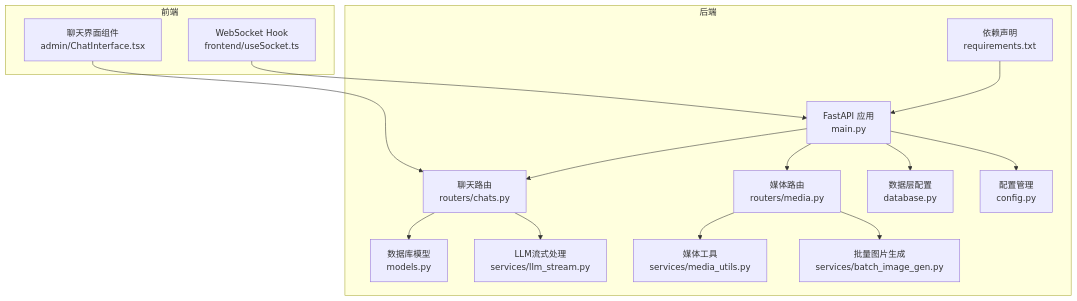
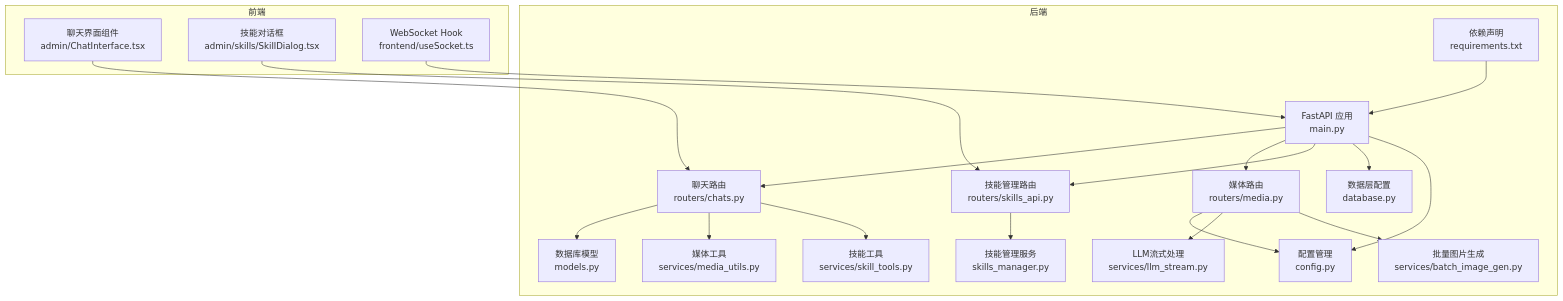
Before and after one commit to KunLabAI/KunFlix: the first of 10 diagrams in .qoder/repowiki/zh/content/后端开发指南/API路由系统/聊天交互API.md, drawn with Mermaid. The commit also changed other lines of this file and 11 other files, not shown here.

````diff
--- a/.qoder/repowiki/zh/content/后端开发指南/API路由系统/聊天交互API.md
+++ b/.qoder/repowiki/zh/content/后端开发指南/API路由系统/聊天交互API.md
@@ -53,30 +60,39 @@
 ```mermaid
 graph TB
 subgraph "后端"
 A["FastAPI 应用<br/>main.py"]
 B["聊天路由<br/>routers/chats.py"]
 C["媒体路由<br/>routers/media.py"]
-D["数据库模型<br/>models.py"]
-E["数据层配置<br/>database.py"]
-F["配置管理<br/>config.py"]
-G["媒体工具<br/>services/media_utils.py"]
-H["LLM流式处理<br/>services/llm_stream.py"]
-I["批量图片生成<br/>services/batch_image_gen.py"]
-J["依赖声明<br/>requirements.txt"]
+D["技能管理路由<br/>routers/skills_api.py"]
+E["数据库模型<br/>models.py"]
+F["数据层配置<br/>database.py"]
+G["配置管理<br/>config.py"]
+H["媒体工具<br/>services/media_utils.py"]
+I["LLM流式处理<br/>services/llm_stream.py"]
+J["批量图片生成<br/>services/batch_image_gen.py"]
+K["技能工具<br/>services/skill_tools.py"]
+L["技能管理服务<br/>skills_manager.py"]
+M["依赖声明<br/>requirements.txt"]
 end
 subgraph "前端"
-K["聊天界面组件<br/>admin/ChatInterface.tsx"]
-L["WebSocket Hook<br/>frontend/useSocket.ts"]
+N["聊天界面组件<br/>admin/ChatInterface.tsx"]
+O["技能对话框<br/>admin/skills/SkillDialog.tsx"]
+P["WebSocket Hook<br/>frontend/useSocket.ts"]
 end
 A --> B
 A --> C
-B --> D
+A --> D
+B --> E
 B --> H
+B --> K
 C --> G
 C --> I
-A --> E
+C --> J
+D --> L
 A --> F
-K --> B
-L --> A
-J --> A
+A --> G
+N --> B
+O --> D
+P --> A
+M --> A
 ```
````
